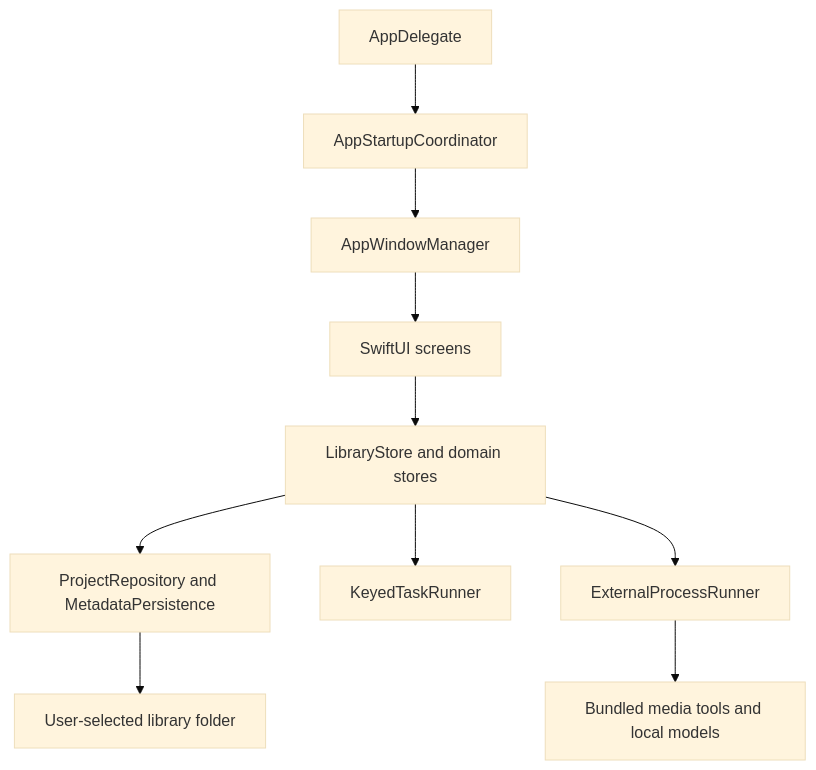
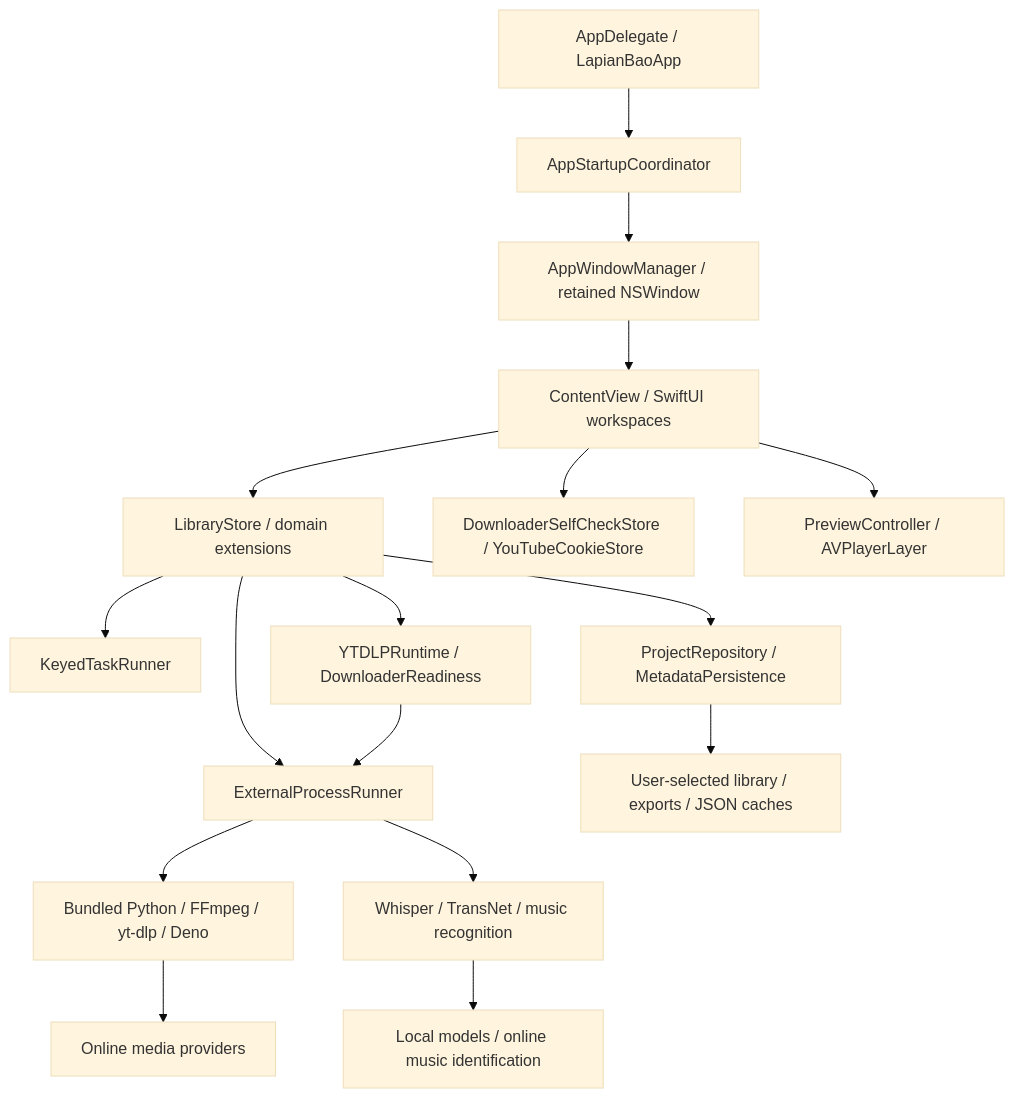
The diagram in README.md (zhengshihong66y-max/ShotPal), drawn with Mermaid (base theme) before and after one commit. The commit also changed other lines of this file, not shown here.

````diff
--- a/README.md
+++ b/README.md
@@ -149,12 +151,19 @@
 ```mermaid
 flowchart TD
-    A[AppDelegate] --> B[AppStartupCoordinator]
-    B --> C[AppWindowManager]
-    C --> D[SwiftUI screens]
-    D --> E[LibraryStore and domain stores]
-    E --> F[ProjectRepository and MetadataPersistence]
+    A[AppDelegate / LapianBaoApp] --> B[AppStartupCoordinator]
+    B --> C[AppWindowManager / retained NSWindow]
+    C --> D[ContentView / SwiftUI workspaces]
+    D --> E[LibraryStore / domain extensions]
+    D --> F[DownloaderSelfCheckStore / YouTubeCookieStore]
+    D --> P[PreviewController / AVPlayerLayer]
     E --> G[KeyedTaskRunner]
-    E --> H[ExternalProcessRunner]
-    H --> I[Bundled media tools and local models]
-    F --> J[User-selected library folder]
+    E --> H[ProjectRepository / MetadataPersistence]
+    E --> I[ExternalProcessRunner]
+    E --> J[YTDLPRuntime / DownloaderReadiness]
+    J --> I
+    I --> K[Bundled Python / FFmpeg / yt-dlp / Deno]
+    I --> L[Whisper / TransNet / music recognition]
+    H --> M[User-selected library / exports / JSON caches]
+    K --> N[Online media providers]
+    L --> O[Local models / online music identification]
 ```
````
